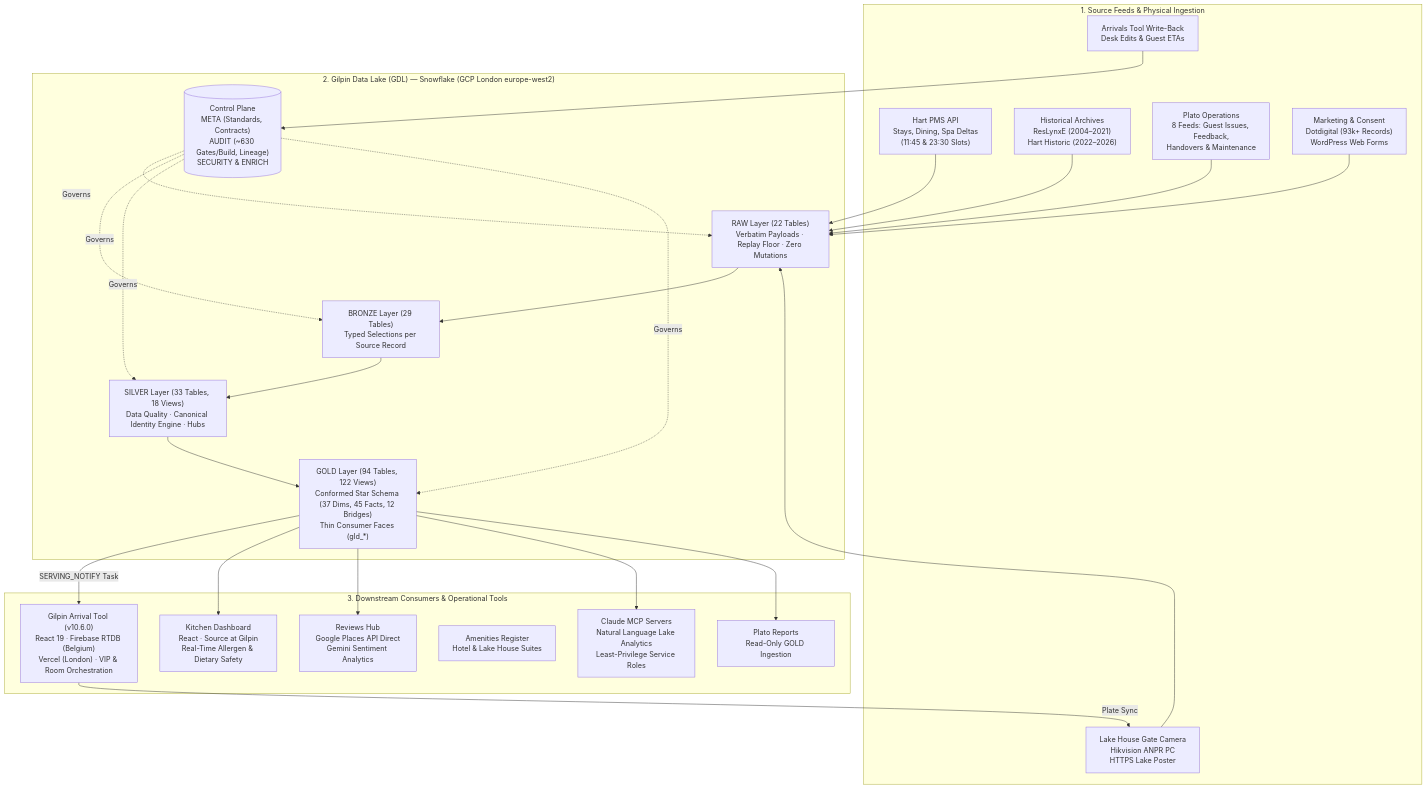
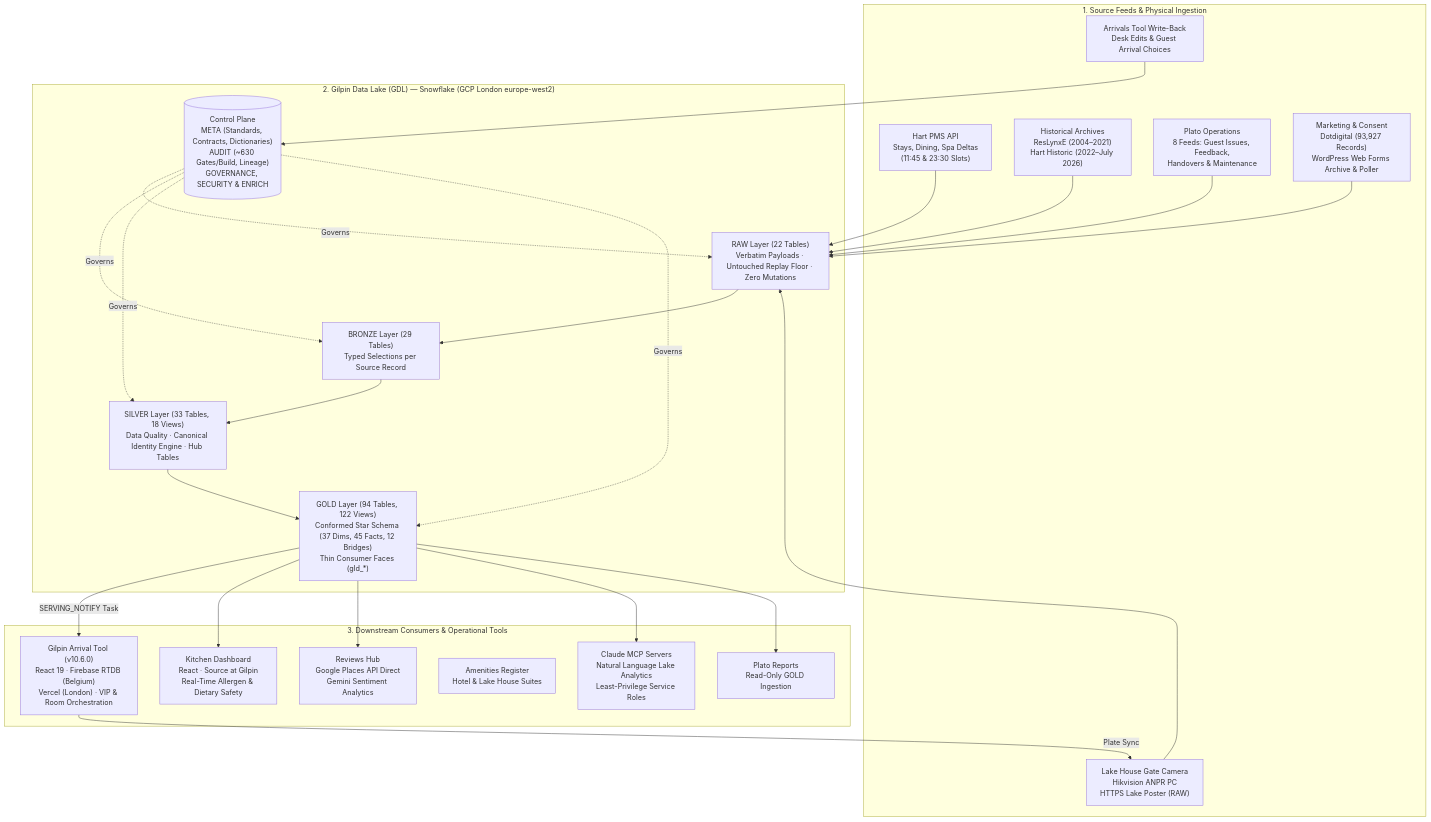
Before and after one commit to gilpin-hotel/.github: the diagram in profile/README.md, drawn with Mermaid. The commit also changed other lines of this file and 9 other files, not shown here.

Commit message:
docs: Integrate dedicated Gilpin branding assets, SVGs, and exact architecture specifications

````diff
--- a/profile/README.md
+++ b/profile/README.md
@@ -23,48 +30,48 @@
 ```mermaid
 flowchart TD
     subgraph SOURCES["1. Source Feeds & Physical Ingestion"]
         HART["Hart PMS API<br/>Stays, Dining, Spa Deltas<br/>(11:45 & 23:30 Slots)"]
-        ARCH["Historical Archives<br/>ResLynxE (2004–2021)<br/>Hart Historic (2022–2026)"]
+        ARCH["Historical Archives<br/>ResLynxE (2004–2021)<br/>Hart Historic (2022–July 2026)"]
         PLATO_IN["Plato Operations<br/>8 Feeds: Guest Issues, Feedback,<br/>Handovers & Maintenance"]
-        MKT["Marketing & Consent<br/>Dotdigital (93k+ Records)<br/>WordPress Web Forms"]
-        ANPR["Lake House Gate Camera<br/>Hikvision ANPR PC<br/>HTTPS Lake Poster"]
-        DESK["Arrivals Tool Write-Back<br/>Desk Edits & Guest ETAs"]
+        MKT["Marketing & Consent<br/>Dotdigital (93,927 Records)<br/>WordPress Web Forms Archive & Poller"]
+        ANPR["Lake House Gate Camera<br/>Hikvision ANPR PC<br/>HTTPS Lake Poster (RAW)"]
+        DESK["Arrivals Tool Write-Back<br/>Desk Edits & Guest Arrival Choices"]
     end
 
     subgraph GDL["2. Gilpin Data Lake (GDL) — Snowflake (GCP London europe-west2)"]
-        RAW["RAW Layer (22 Tables)<br/>Verbatim Payloads · Replay Floor · Zero Mutations"]
+        RAW["RAW Layer (22 Tables)<br/>Verbatim Payloads · Untouched Replay Floor · Zero Mutations"]
         BRONZE["BRONZE Layer (29 Tables)<br/>Typed Selections per Source Record"]
-        SILVER["SILVER Layer (33 Tables, 18 Views)<br/>Data Quality · Canonical Identity Engine · Hubs"]
+        SILVER["SILVER Layer (33 Tables, 18 Views)<br/>Data Quality · Canonical Identity Engine · Hub Tables"]
         GOLD["GOLD Layer (94 Tables, 122 Views)<br/>Conformed Star Schema (37 Dims, 45 Facts, 12 Bridges)<br/>Thin Consumer Faces (gld_*)"]
-        CTRL[("Control Plane<br/>META (Standards, Contracts)<br/>AUDIT (~630 Gates/Build, Lineage)<br/>SECURITY & ENRICH")]
+        CTRL[("Control Plane<br/>META (Standards, Contracts, Dictionaries)<br/>AUDIT (~630 Gates/Build, Lineage)<br/>GOVERNANCE, SECURITY & ENRICH")]
         
         RAW --> BRONZE --> SILVER --> GOLD
         CTRL -. Governs .-> RAW
         CTRL -. Governs .-> BRONZE
         CTRL -. Governs .-> SILVER
         CTRL -. Governs .-> GOLD
     end
 
     subgraph CONSUMERS["3. Downstream Consumers & Operational Tools"]
         AT["Gilpin Arrival Tool (v10.6.0)<br/>React 19 · Firebase RTDB (Belgium)<br/>Vercel (London) · VIP & Room Orchestration"]
         KD["Kitchen Dashboard<br/>React · Source at Gilpin<br/>Real-Time Allergen & Dietary Safety"]
         RH["Reviews Hub<br/>Google Places API Direct<br/>Gemini Sentiment Analytics"]
         AR["Amenities Register<br/>Hotel & Lake House Suites"]
         MCP["Claude MCP Servers<br/>Natural Language Lake Analytics<br/>Least-Privilege Service Roles"]
         PLATO_OUT["Plato Reports<br/>Read-Only GOLD Ingestion"]
     end
 
     HART --> RAW
     ARCH --> RAW
     PLATO_IN --> RAW
     MKT --> RAW
     ANPR --> RAW
     DESK --> CTRL
 
     GOLD -- "SERVING_NOTIFY Task" --> AT
     GOLD --> KD
     GOLD --> RH
     GOLD --> MCP
     GOLD --> PLATO_OUT
     AT -- "Plate Sync" --> ANPR
 ```
````
